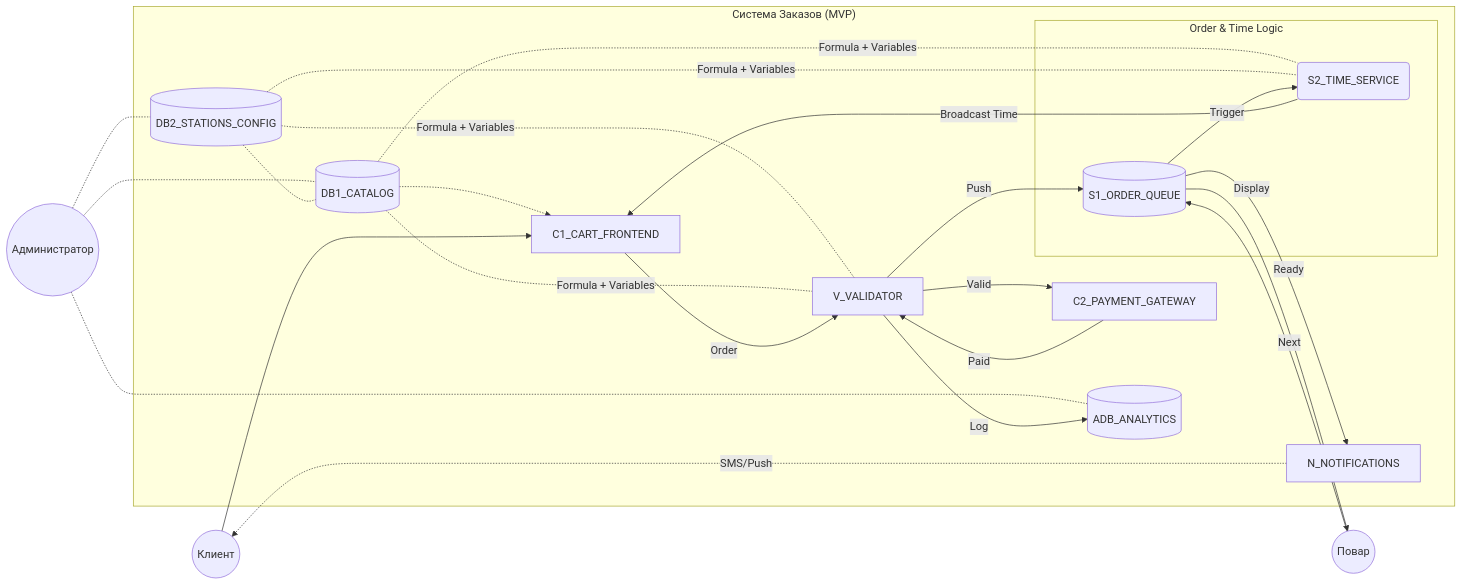
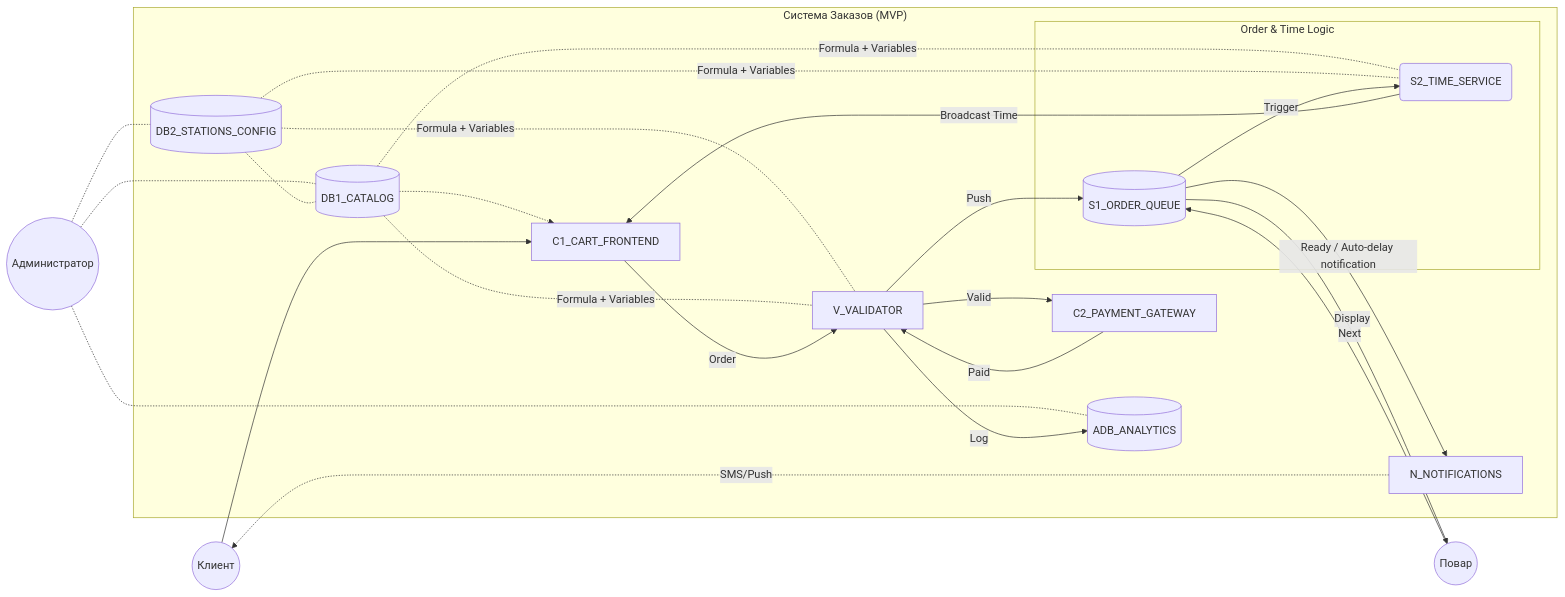
The first of 4 diagrams in docs/EPIC_01_Ordering.md (WGexe/KitchenSync), drawn with Mermaid before and after one commit. The commit also changed other lines of this file and 1 other file, not shown here.

Commit message:
Manifold logic updates, add diagrams and BR 2.9

````diff
--- a/docs/EPIC_01_Ordering.md
+++ b/docs/EPIC_01_Ordering.md
@@ -62,47 +96,46 @@
 ```mermaid
 graph LR
     C((Клиент))
     P((Повар))
     A((Администратор))
 
     subgraph "Система Заказов (MVP)"
         C1[C1_CART_FRONTEND]
         C2[C2_PAYMENT_GATEWAY]
         V[V_VALIDATOR]
         ADB[(ADB_ANALYTICS)]
         N[N_NOTIFICATIONS]
         DB1[(DB1_CATALOG)]
         DB2[(DB2_STATIONS_CONFIG)]
 
         subgraph S_Module [Order & Time Logic]
             S1[(S1_ORDER_QUEUE)]
             S2(S2_TIME_SERVICE)
         end
     end
 
     A -.- DB1
     A -.- DB2
     A -.- ADB
     DB2 -.- DB1
     DB1 -."Formula + Variables".- S2
     DB2 -."Formula + Variables".- S2
     DB1 -.-> C1
     DB2 -."Formula + Variables".- V
     DB1 -."Formula + Variables".- V
 
     C ---> C1
     S2 -- "Broadcast Time" --> C1
     C1 --"Order"--> V
     
     V --"Valid"--> C2
     C2 -- "Paid" --> V
     V --"Log"--> ADB
     V --"Push"--> S1
     S1 -- "Trigger" --> S2
     
     S1 --"Display"--> P
     P -- "Next" --> S1
-    S1 -- "Ready" --> N
+    S1 -- "Ready / Auto-delay notification" --> N
     N -. "SMS/Push" .-> C
-
 ```
````
